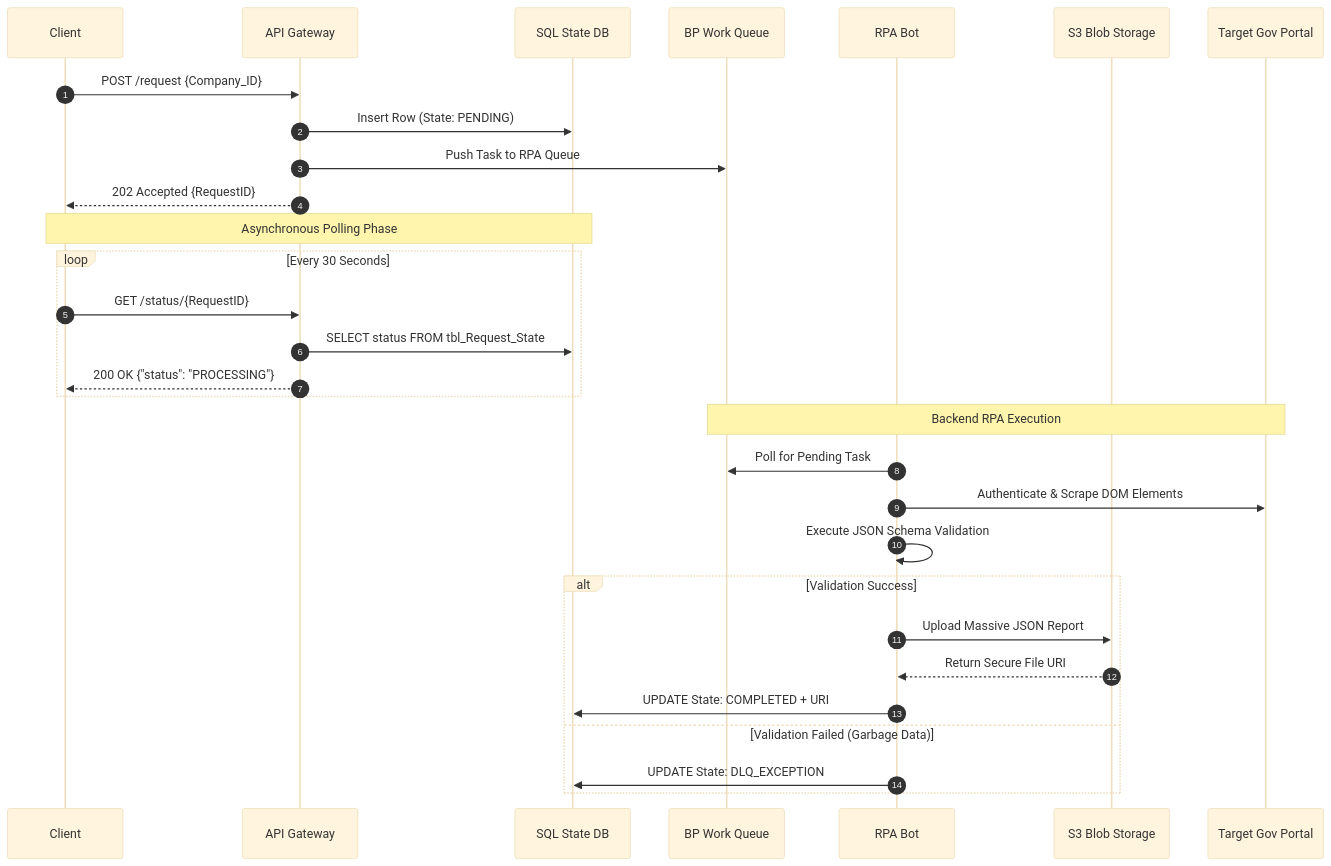
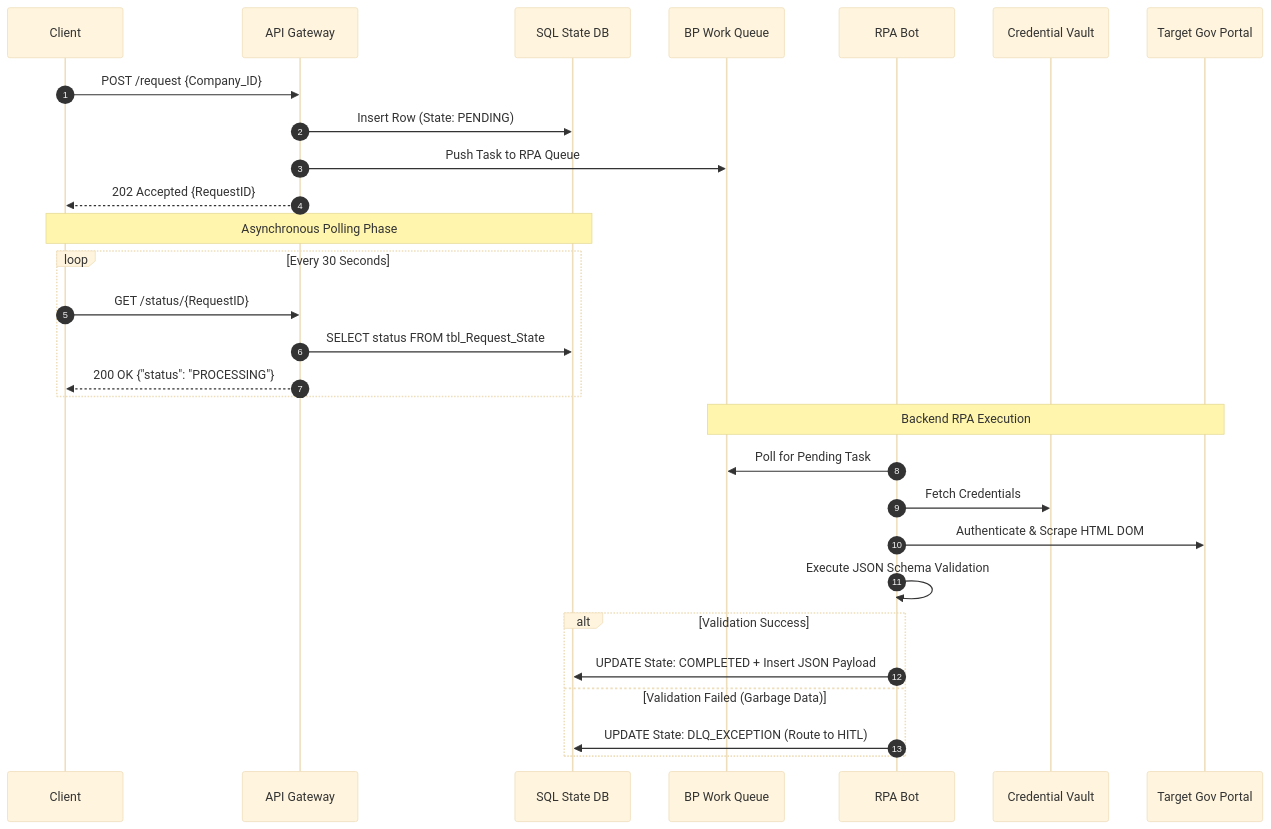
Before and after one commit to Mohammed-Alrawaf/System-Architecture-Dojo: the diagram in Scenarioes/Hyperautomation-and-RPA/02-Tech-Blueprint.md, drawn with Mermaid (base theme). The commit also changed other lines of this file, not shown here.

````diff
--- a/Scenarioes/Hyperautomation-and-RPA/02-Tech-Blueprint.md
+++ b/Scenarioes/Hyperautomation-and-RPA/02-Tech-Blueprint.md
@@ -11,36 +11,35 @@
 ```mermaid
 sequenceDiagram
     autonumber
     participant Client
     participant Gateway as API Gateway
     participant DB as SQL State DB
     participant Queue as BP Work Queue
     participant Bot as RPA Bot
-    participant Blob as S3 Blob Storage
+    participant Vault as Credential Vault
     participant Gov as Target Gov Portal
 
     Client->>Gateway: POST /request {Company_ID}
     Gateway->>DB: Insert Row (State: PENDING)
     Gateway->>Queue: Push Task to RPA Queue
     Gateway-->>Client: 202 Accepted {RequestID}
 
     Note over Client, DB: Asynchronous Polling Phase
     loop Every 30 Seconds
         Client->>Gateway: GET /status/{RequestID}
         Gateway->>DB: SELECT status FROM tbl_Request_State
         Gateway-->>Client: 200 OK {"status": "PROCESSING"}
     end
 
     Note over Queue, Gov: Backend RPA Execution
     Bot->>Queue: Poll for Pending Task
-    Bot->>Gov: Authenticate & Scrape DOM Elements
+    Bot->>Vault: Fetch Credentials
+    Bot->>Gov: Authenticate & Scrape HTML DOM
     Bot->>Bot: Execute JSON Schema Validation
     
     alt Validation Success
-        Bot->>Blob: Upload Massive JSON Report
-        Blob-->>Bot: Return Secure File URI
-        Bot->>DB: UPDATE State: COMPLETED + URI
+        Bot->>DB: UPDATE State: COMPLETED + Insert JSON Payload
     else Validation Failed (Garbage Data)
-        Bot->>DB: UPDATE State: DLQ_EXCEPTION
+        Bot->>DB: UPDATE State: DLQ_EXCEPTION (Route to HITL)
     end
 ```
````
